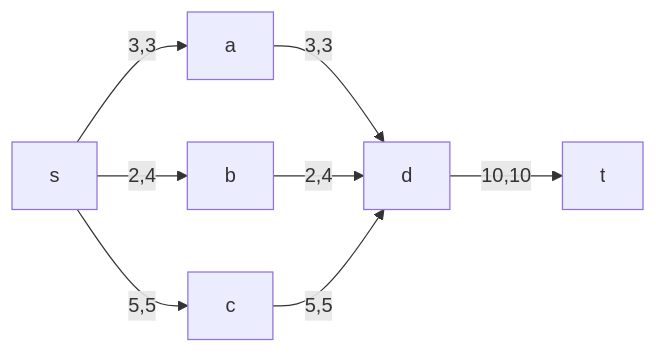
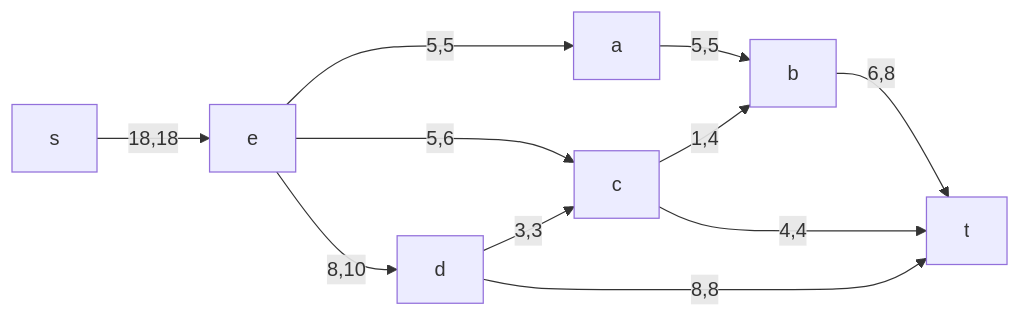
One commit to hse-algo-24-raven/manual-tasks-raven changed diagram 14 of 14 in task-10/pustobek.md. Above: the diagram before and after it, drawn with Mermaid. The commit also changed other lines of this file, not shown here.

````diff
--- a/task-10/pustobek.md
+++ b/task-10/pustobek.md
@@ -298,10 +298,13 @@
 ```mermaid
 graph LR
-    s-->|3,3|a
-    s-->|2,4|b
-    s-->|5,5|c
-    a-->|3,3|d
-    b-->|2,4|d
-    c-->|5,5|d
-    d-->|10,10|t
+    s-->|18,18|e
+    e-->|5,5|a
+    e-->|5,6|c
+    e-->|8,10|d
+    a-->|5,5|b
+    c-->|1,4|b
+    d-->|3,3|c
+    b-->|6,8|t
+    c-->|4,4|t
+    d-->|8,8|t   
 ```
````
